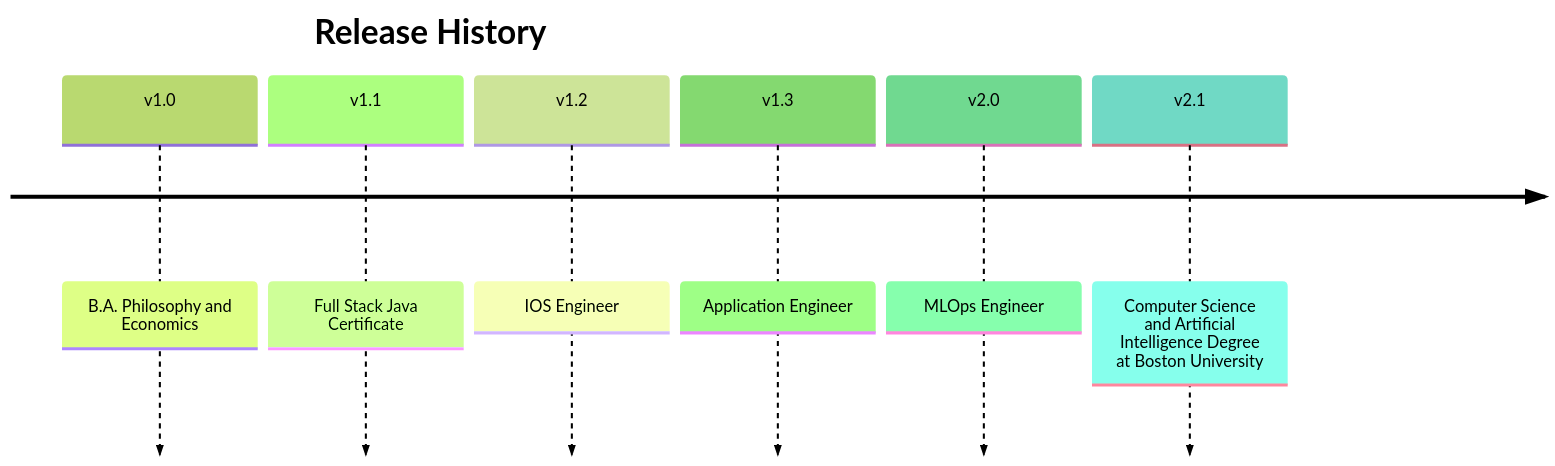
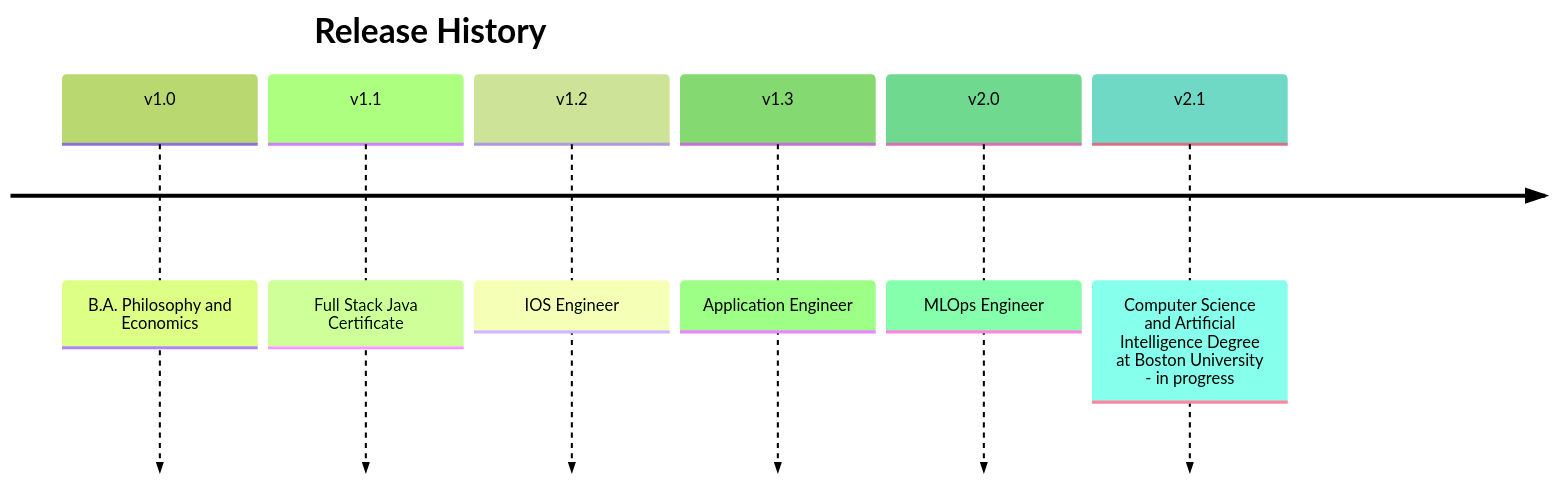
One commit to joshuaA236/joshuaA236 changed the fifth of 5 diagrams in README.md. Above: the diagram before and after it, drawn with Mermaid (forest theme). The commit also changed other lines of this file, not shown here.

````diff
--- a/README.md
+++ b/README.md
@@ -109,10 +109,10 @@
 ```mermaid
 timeline
   title Release History
   v1.0: B.A. Philosophy and Economics
   v1.1: Full Stack Java Certificate
   v1.2: IOS Engineer
   v1.3: Application Engineer
   v2.0: MLOps Engineer
-  v2.1: Computer Science and Artificial Intelligence Degree at Boston University
+  v2.1: Computer Science and Artificial Intelligence Degree at Boston University - in progress
 ```
````
